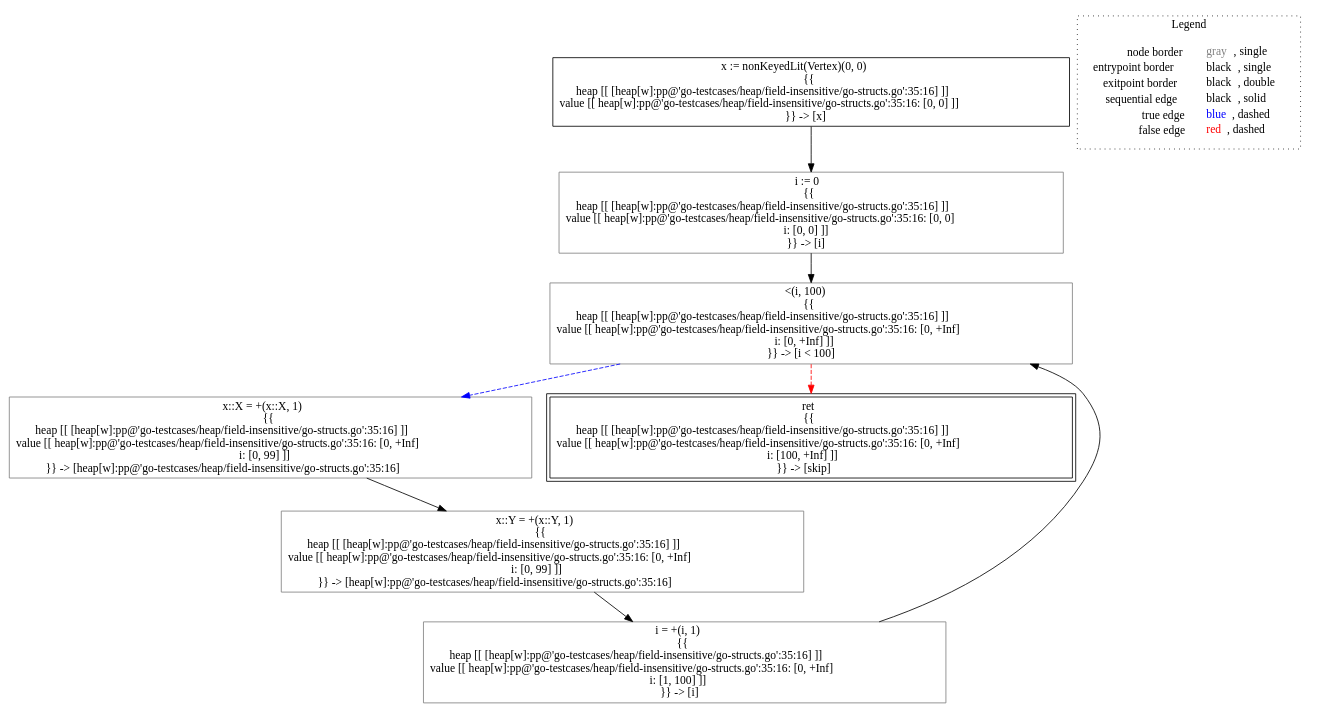
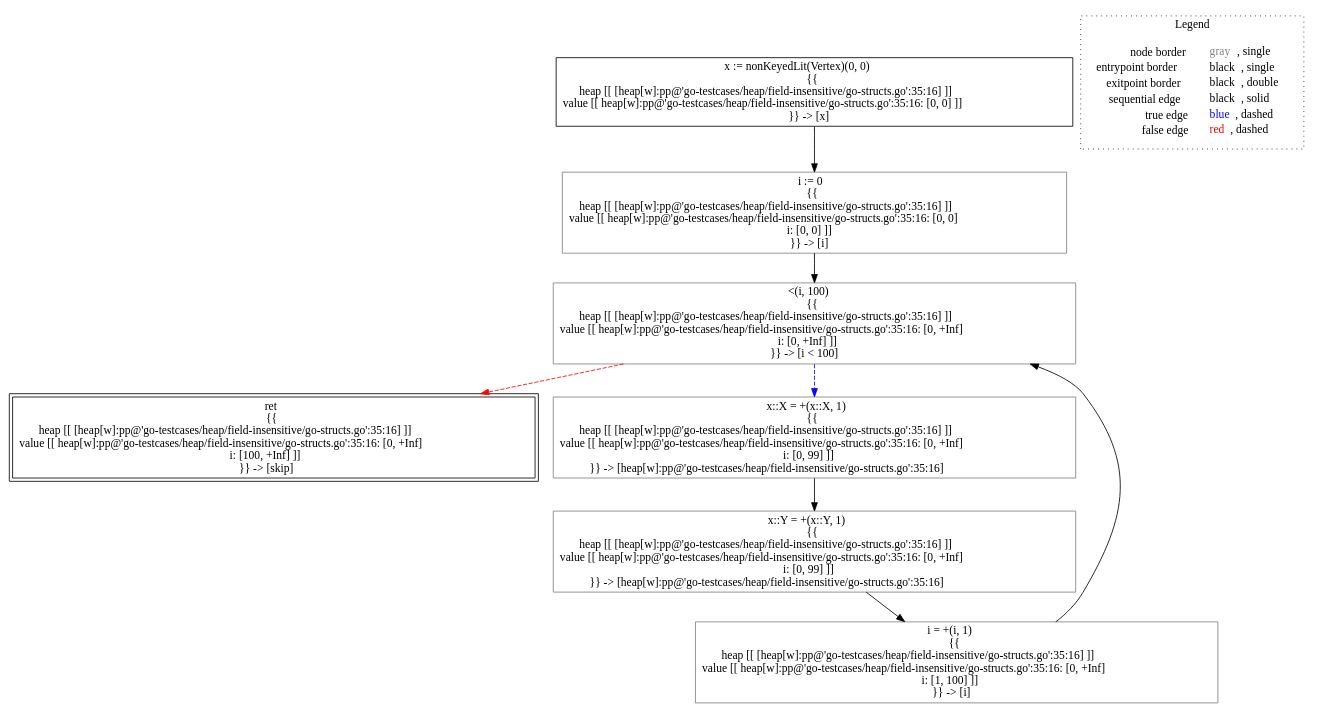
One commit to lisa-analyzer/go-lisa changed the diagram in go-lisa/go-testcases/heap/field-insensitive/analysis___untyped_~LiSAProgram.forAlloc().dot. Above: the diagram before and after it, drawn with Graphviz. The commit also changed 31 other files, not shown here.

```diff
--- a/go-lisa/go-testcases/heap/field-insensitive/analysis___untyped_~LiSAProgram.forAlloc().dot
+++ b/go-lisa/go-testcases/heap/field-insensitive/analysis___untyped_~LiSAProgram.forAlloc().dot
@@ -1,23 +1,23 @@
 digraph {
 	"node0" [shape="rect",color="black",label=<x := nonKeyedLit(Vertex)(0, 0)<BR/>{{<BR/>heap [[ [heap[w]:pp@'go-testcases/heap/field-insensitive/go-structs.go':35:16] ]]<BR/>value [[ heap[w]:pp@'go-testcases/heap/field-insensitive/go-structs.go':35:16: [0, 0] ]]<BR/>}} -&gt; [x]>];
-	"node1" [shape="rect",color="gray",label=<i := 0<BR/>{{<BR/>heap [[ [heap[w]:pp@'go-testcases/heap/field-insensitive/go-structs.go':35:16] ]]<BR/>value [[ heap[w]:pp@'go-testcases/heap/field-insensitive/go-structs.go':35:16: [0, 0]<BR/>i: [0, 0] ]]<BR/>}} -&gt; [i]>];
-	"node2" [shape="rect",color="gray",label=<x::Y = +(x::Y, 1)<BR/>{{<BR/>heap [[ [heap[w]:pp@'go-testcases/heap/field-insensitive/go-structs.go':35:16] ]]<BR/>value [[ heap[w]:pp@'go-testcases/heap/field-insensitive/go-structs.go':35:16: [0, +Inf]<BR/>i: [0, 99] ]]<BR/>}} -&gt; [heap[w]:pp@'go-testcases/heap/field-insensitive/go-structs.go':35:16]>];
-	"node3" [shape="rect",color="gray",label=<x::X = +(x::X, 1)<BR/>{{<BR/>heap [[ [heap[w]:pp@'go-testcases/heap/field-insensitive/go-structs.go':35:16] ]]<BR/>value [[ heap[w]:pp@'go-testcases/heap/field-insensitive/go-structs.go':35:16: [0, +Inf]<BR/>i: [0, 99] ]]<BR/>}} -&gt; [heap[w]:pp@'go-testcases/heap/field-insensitive/go-structs.go':35:16]>];
+	"node1" [shape="rect",color="black",peripheries="2",label=<ret<BR/>{{<BR/>heap [[ [heap[w]:pp@'go-testcases/heap/field-insensitive/go-structs.go':35:16] ]]<BR/>value [[ heap[w]:pp@'go-testcases/heap/field-insensitive/go-structs.go':35:16: [0, +Inf]<BR/>i: [100, +Inf] ]]<BR/>}} -&gt; [skip]>];
+	"node2" [shape="rect",color="gray",label=<x::X = +(x::X, 1)<BR/>{{<BR/>heap [[ [heap[w]:pp@'go-testcases/heap/field-insensitive/go-structs.go':35:16] ]]<BR/>value [[ heap[w]:pp@'go-testcases/heap/field-insensitive/go-structs.go':35:16: [0, +Inf]<BR/>i: [0, 99] ]]<BR/>}} -&gt; [heap[w]:pp@'go-testcases/heap/field-insensitive/go-structs.go':35:16]>];
+	"node3" [shape="rect",color="gray",label=<i := 0<BR/>{{<BR/>heap [[ [heap[w]:pp@'go-testcases/heap/field-insensitive/go-structs.go':35:16] ]]<BR/>value [[ heap[w]:pp@'go-testcases/heap/field-insensitive/go-structs.go':35:16: [0, 0]<BR/>i: [0, 0] ]]<BR/>}} -&gt; [i]>];
 	"node4" [shape="rect",color="gray",label=<&lt;(i, 100)<BR/>{{<BR/>heap [[ [heap[w]:pp@'go-testcases/heap/field-insensitive/go-structs.go':35:16] ]]<BR/>value [[ heap[w]:pp@'go-testcases/heap/field-insensitive/go-structs.go':35:16: [0, +Inf]<BR/>i: [0, +Inf] ]]<BR/>}} -&gt; [i &lt; 100]>];
-	"node5" [shape="rect",color="black",peripheries="2",label=<ret<BR/>{{<BR/>heap [[ [heap[w]:pp@'go-testcases/heap/field-insensitive/go-structs.go':35:16] ]]<BR/>value [[ heap[w]:pp@'go-testcases/heap/field-insensitive/go-structs.go':35:16: [0, +Inf]<BR/>i: [100, +Inf] ]]<BR/>}} -&gt; [skip]>];
-	"node6" [shape="rect",color="gray",label=<i = +(i, 1)<BR/>{{<BR/>heap [[ [heap[w]:pp@'go-testcases/heap/field-insensitive/go-structs.go':35:16] ]]<BR/>value [[ heap[w]:pp@'go-testcases/heap/field-insensitive/go-structs.go':35:16: [0, +Inf]<BR/>i: [1, 100] ]]<BR/>}} -&gt; [i]>];
-	"node1" -> "node4" [color="black"];
+	"node5" [shape="rect",color="gray",label=<i = +(i, 1)<BR/>{{<BR/>heap [[ [heap[w]:pp@'go-testcases/heap/field-insensitive/go-structs.go':35:16] ]]<BR/>value [[ heap[w]:pp@'go-testcases/heap/field-insensitive/go-structs.go':35:16: [0, +Inf]<BR/>i: [1, 100] ]]<BR/>}} -&gt; [i]>];
+	"node6" [shape="rect",color="gray",label=<x::Y = +(x::Y, 1)<BR/>{{<BR/>heap [[ [heap[w]:pp@'go-testcases/heap/field-insensitive/go-structs.go':35:16] ]]<BR/>value [[ heap[w]:pp@'go-testcases/heap/field-insensitive/go-structs.go':35:16: [0, +Inf]<BR/>i: [0, 99] ]]<BR/>}} -&gt; [heap[w]:pp@'go-testcases/heap/field-insensitive/go-structs.go':35:16]>];
 	"node2" -> "node6" [color="black"];
-	"node0" -> "node1" [color="black"];
-	"node3" -> "node2" [color="black"];
-	"node4" -> "node3" [color="blue",style="dashed"];
-	"node4" -> "node5" [color="red",style="dashed"];
-	"node6" -> "node4" [color="black"];
+	"node3" -> "node4" [color="black"];
+	"node4" -> "node1" [color="red",style="dashed"];
+	"node4" -> "node2" [color="blue",style="dashed"];
+	"node5" -> "node4" [color="black"];
+	"node0" -> "node3" [color="black"];
+	"node6" -> "node5" [color="black"];
 subgraph cluster_legend {
 	label="Legend";
 	style=dotted;
 	node [shape=plaintext];
 	"legend" [label=<<table border="0" cellpadding="2" cellspacing="0" cellborder="0"><tr><td align="right">node border&nbsp;</td><td align="left"><font color="gray">gray</font>, single</td></tr><tr><td align="right">entrypoint border&nbsp;</td><td align="left"><font color="black">black</font>, single</td></tr><tr><td align="right">exitpoint border&nbsp;</td><td align="left"><font color="black">black</font>, double</td></tr><tr><td align="right">sequential edge&nbsp;</td><td align="left"><font color="black">black</font>, solid</td></tr><tr><td align="right">true edge&nbsp;</td><td align="left"><font color="blue">blue</font>, dashed</td></tr><tr><td align="right">false edge&nbsp;</td><td align="left"><font color="red">red</font>, dashed</td></tr></table>>];
 }
 
 }
```
